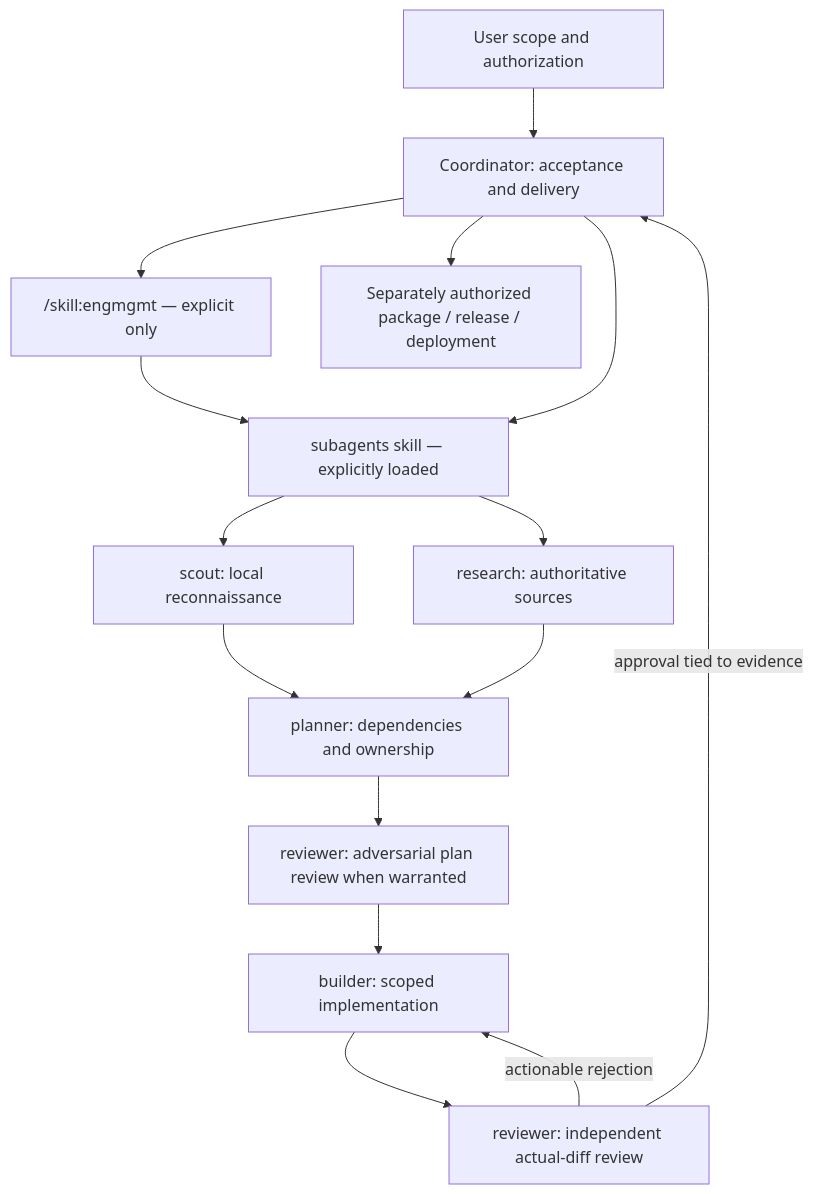
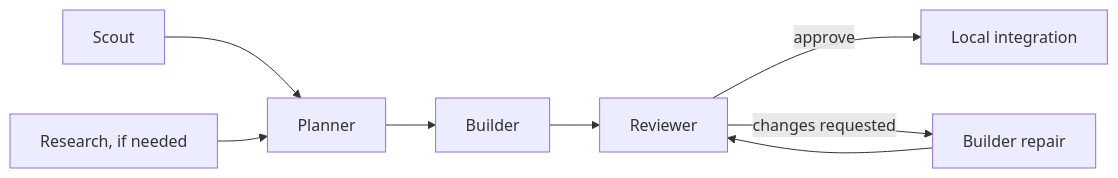
Before and after one commit to funsaized/pinata: the diagram in docs/architecture.md, drawn with Mermaid. The commit also changed other lines of this file and 14 other files, not shown here.

````diff
--- a/docs/architecture.md
+++ b/docs/architecture.md
@@ -10,17 +44,10 @@
 ```mermaid
-flowchart TD
-  U[User scope and authorization] --> C[Coordinator: acceptance and delivery]
-  E["/skill:engmgmt — explicit only"] --> S[subagents skill — explicitly loaded]
-  C --> E
-  C --> S
-  S --> SC[scout: local reconnaissance]
-  S --> RE[research: authoritative sources]
-  SC --> P[planner: dependencies and ownership]
-  RE --> P
-  P --> V[reviewer: adversarial plan review when warranted]
-  V --> B[builder: scoped implementation]
-  B --> R[reviewer: independent actual-diff review]
-  R -->|actionable rejection| B
-  R -->|approval tied to evidence| C
-  C --> G[Separately authorized package / release / deployment]
+flowchart LR
+  S[Scout] --> P[Planner]
+  R[Research, if needed] --> P
+  P --> B[Builder]
+  B --> V[Reviewer]
+  V -->|approve| I[Local integration]
+  V -->|changes requested| F[Builder repair]
+  F --> V
 ```
````
